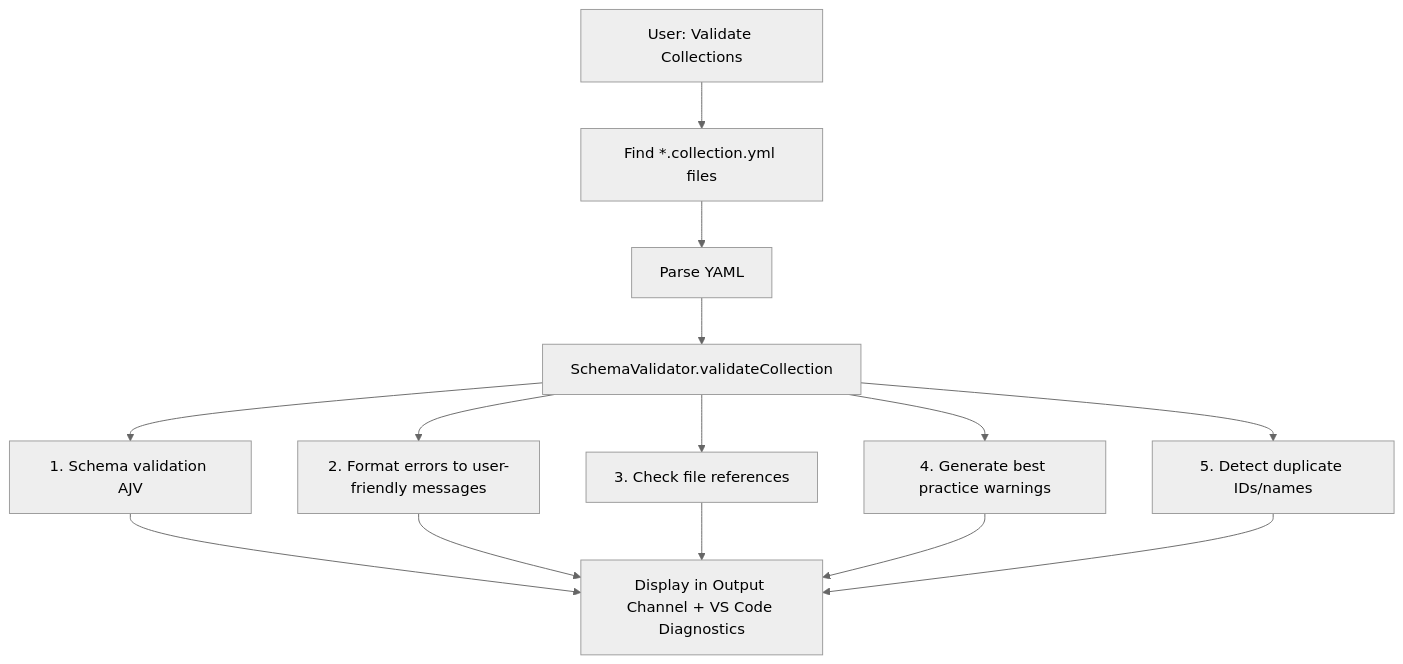
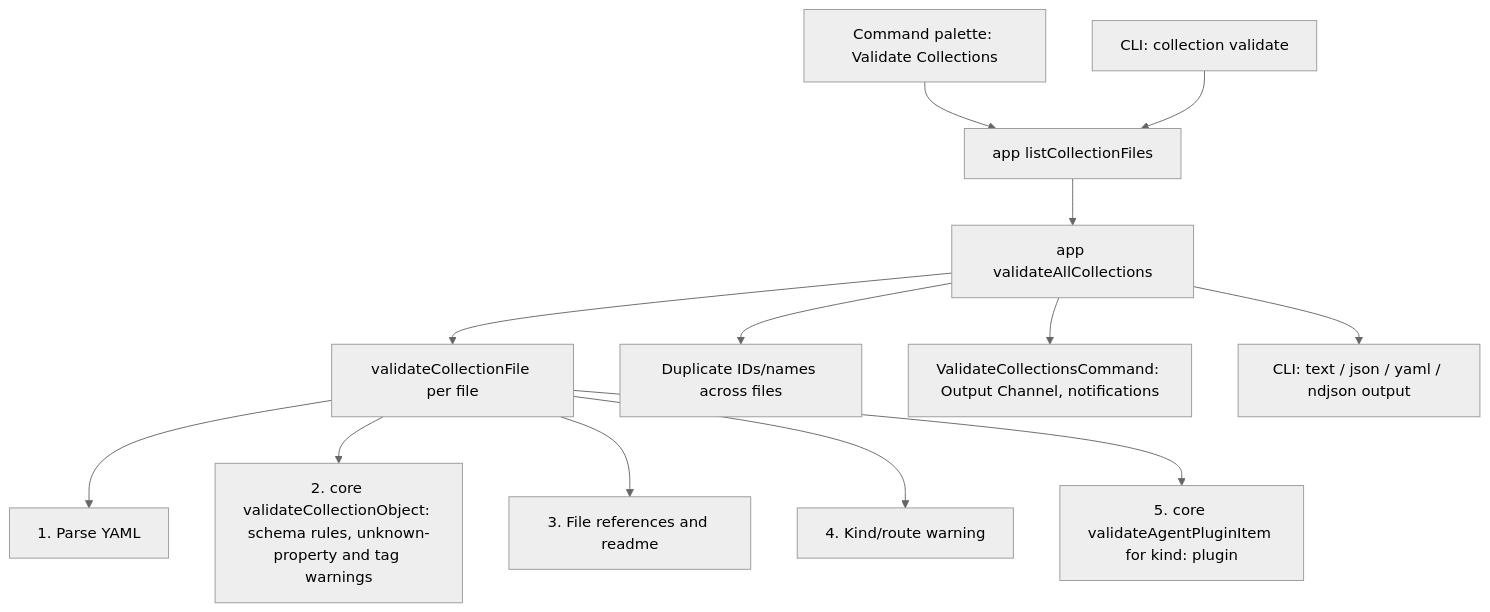
The first of 2 diagrams in docs/contributor-guide/architecture/validation.md (AmadeusITGroup/ai-primitives-hub), drawn with Mermaid (neutral theme) before and after one commit. The commit also changed other lines of this file and 36 other files, not shown here.

First line of the commit message:
feat(vscode): validate collections through app, including Agent Plugin rules

````diff
--- a/docs/contributor-guide/architecture/validation.md
+++ b/docs/contributor-guide/architecture/validation.md
@@ -47,16 +50,15 @@
 ```mermaid
 flowchart TD
-    A[User: Validate Collections] --> B[Find *.collection.yml files]
-    B --> C[Parse YAML]
-    C --> D[SchemaValidator.validateCollection]
-    D --> E[1. Schema validation AJV]
-    D --> F[2. Format errors to user-friendly messages]
-    D --> G[3. Check file references]
-    D --> H[4. Generate best practice warnings]
-    D --> I[5. Detect duplicate IDs/names]
-    E --> J[Display in Output Channel + VS Code Diagnostics]
-    F --> J
-    G --> J
-    H --> J
-    I --> J
+    A[Command palette: Validate Collections] --> C[app listCollectionFiles]
+    B[CLI: collection validate] --> C
+    C --> D[app validateAllCollections]
+    D --> E[validateCollectionFile per file]
+    E --> F[1. Parse YAML]
+    E --> G[2. core validateCollectionObject: schema rules, unknown-property and tag warnings]
+    E --> H[3. File references and readme]
+    E --> I[4. Kind/route warning]
+    E --> J[5. core validateAgentPluginItem for kind: plugin]
+    D --> K[Duplicate IDs/names across files]
+    D --> L[ValidateCollectionsCommand: Output Channel, notifications]
+    D --> M[CLI: text / json / yaml / ndjson output]
 ```
````
